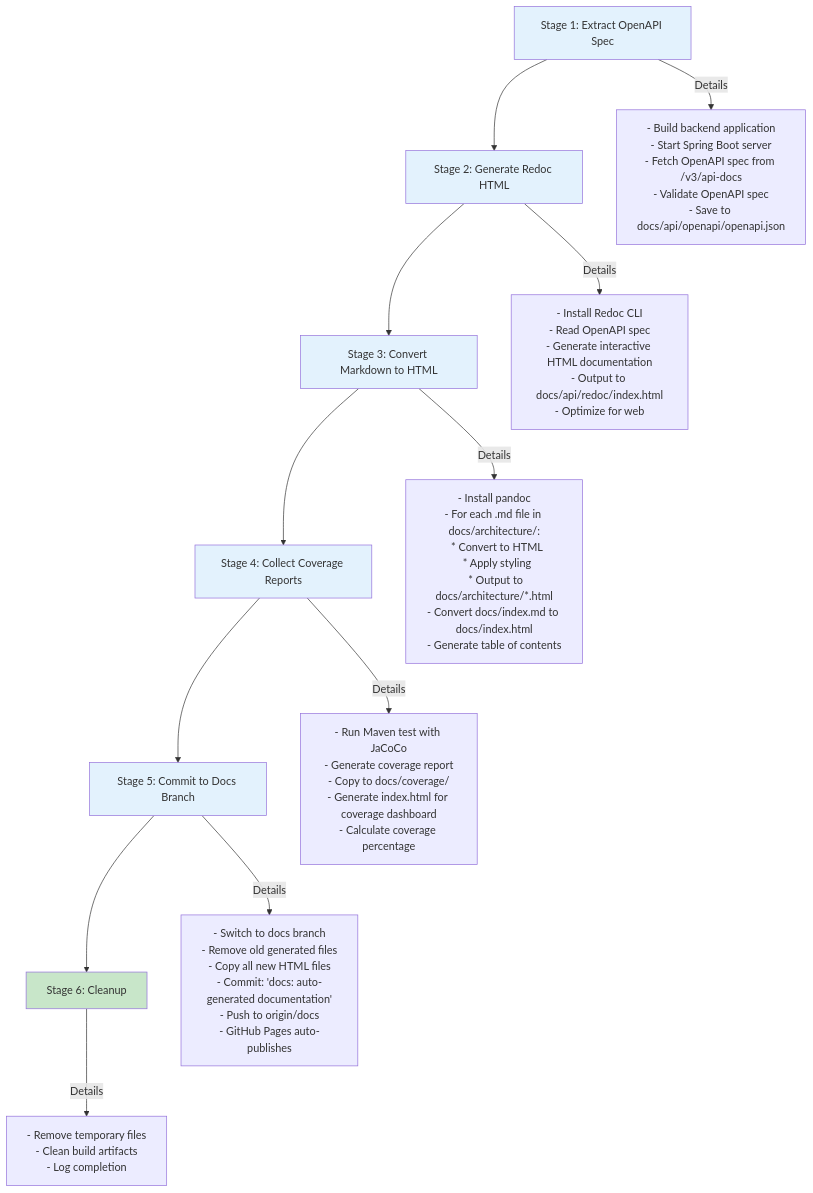
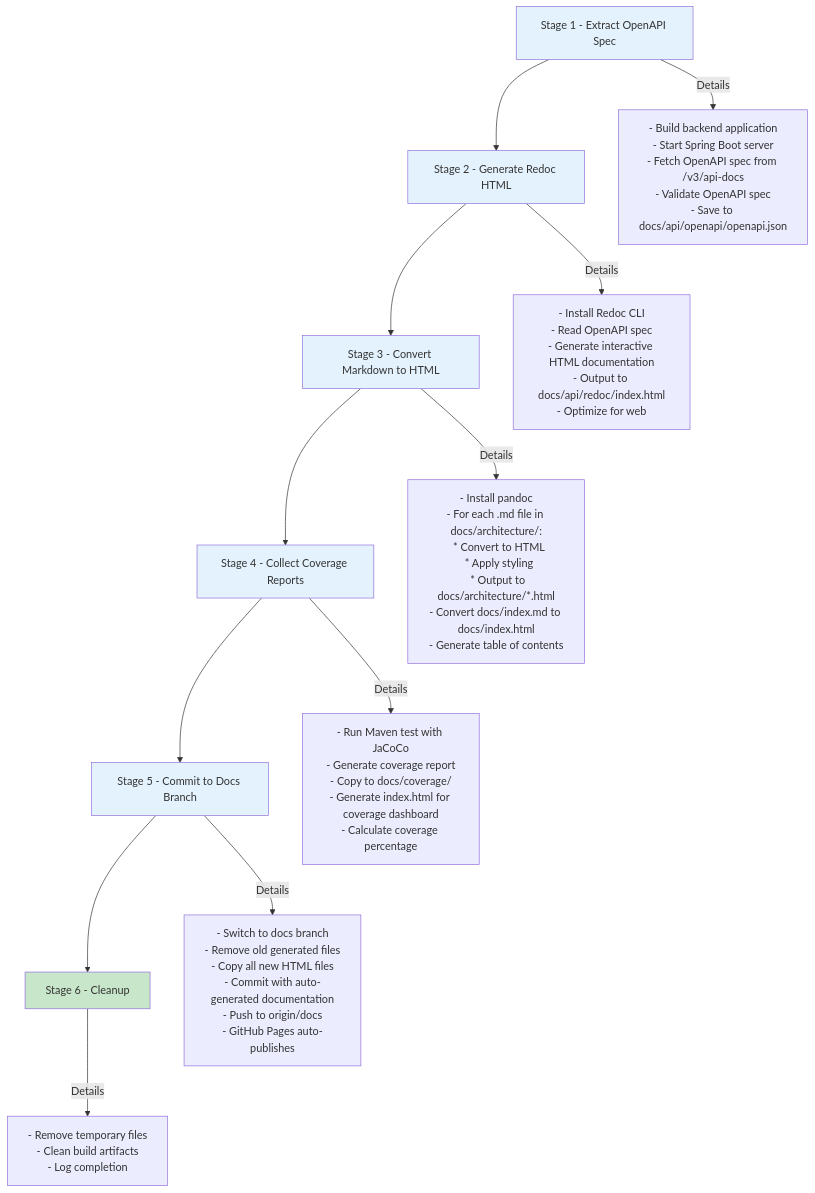
One commit to Keglev/stockease changed the third of 6 diagrams in docs/architecture/deployment.md. Above: the diagram before and after it, drawn with Mermaid. The commit also changed other lines of this file and 8 other files, not shown here.

Commit message:
fix: Remove colons from mermaid node labels to fix rendering errors

````diff
--- a/docs/architecture/deployment.md
+++ b/docs/architecture/deployment.md
@@ -82,22 +82,22 @@
 ```mermaid
 graph TD
-    A[Stage 1: Extract OpenAPI Spec] --> B[Stage 2: Generate Redoc HTML]
-    B --> C[Stage 3: Convert Markdown to HTML]
-    C --> D[Stage 4: Collect Coverage Reports]
-    D --> E[Stage 5: Commit to Docs Branch]
-    E --> F[Stage 6: Cleanup]
+    A[Stage 1 - Extract OpenAPI Spec] --> B[Stage 2 - Generate Redoc HTML]
+    B --> C[Stage 3 - Convert Markdown to HTML]
+    C --> D[Stage 4 - Collect Coverage Reports]
+    D --> E[Stage 5 - Commit to Docs Branch]
+    E --> F[Stage 6 - Cleanup]
     
     A -->|Details| A1["- Build backend application<br/>- Start Spring Boot server<br/>- Fetch OpenAPI spec from /v3/api-docs<br/>- Validate OpenAPI spec<br/>- Save to docs/api/openapi/openapi.json"]
     B -->|Details| B1["- Install Redoc CLI<br/>- Read OpenAPI spec<br/>- Generate interactive HTML documentation<br/>- Output to docs/api/redoc/index.html<br/>- Optimize for web"]
     C -->|Details| C1["- Install pandoc<br/>- For each .md file in docs/architecture/:<br/>  * Convert to HTML<br/>  * Apply styling<br/>  * Output to docs/architecture/*.html<br/>- Convert docs/index.md to docs/index.html<br/>- Generate table of contents"]
     D -->|Details| D1["- Run Maven test with JaCoCo<br/>- Generate coverage report<br/>- Copy to docs/coverage/<br/>- Generate index.html for coverage dashboard<br/>- Calculate coverage percentage"]
-    E -->|Details| E1["- Switch to docs branch<br/>- Remove old generated files<br/>- Copy all new HTML files<br/>- Commit: 'docs: auto-generated documentation'<br/>- Push to origin/docs<br/>- GitHub Pages auto-publishes"]
+    E -->|Details| E1["- Switch to docs branch<br/>- Remove old generated files<br/>- Copy all new HTML files<br/>- Commit with auto-generated documentation<br/>- Push to origin/docs<br/>- GitHub Pages auto-publishes"]
     F -->|Details| F1["- Remove temporary files<br/>- Clean build artifacts<br/>- Log completion"]
     
     style A fill:#e3f2fd
     style B fill:#e3f2fd
     style C fill:#e3f2fd
     style D fill:#e3f2fd
     style E fill:#e3f2fd
     style F fill:#c8e6c9
 ```
````
